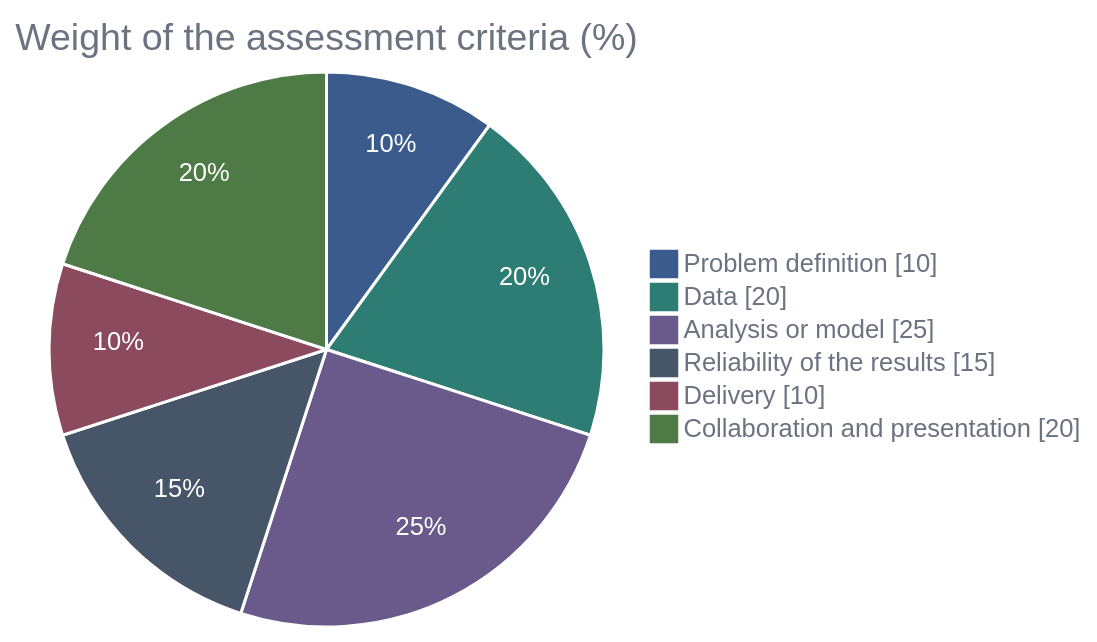
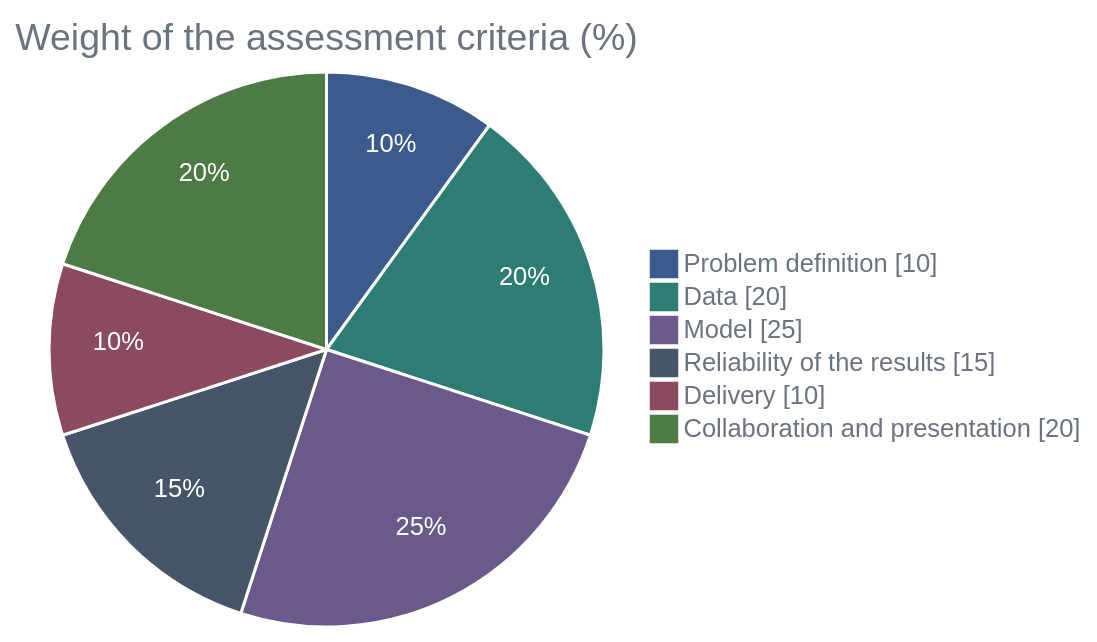
One commit to khoadaniel/statistical-programming-mpmd-htw-ws-2026 changed the second of 2 diagrams in proposal/CURRICULUM.md. Above: the diagram before and after it, drawn with Mermaid. The commit also changed other lines of this file and 25 other files, not shown here.

````diff
--- a/proposal/CURRICULUM.md
+++ b/proposal/CURRICULUM.md
@@ -879,27 +855,27 @@
 ```mermaid
 ---
 config:
   theme: base
   themeVariables:
       pie1: "#3b5b8c"
       pie2: "#2d7d74"
       pie3: "#6a5a8c"
       pie4: "#475569"
       pie5: "#8c4a5e"
       pie6: "#4d7a45"
       pieSectionTextColor: "#ffffff"
       pieLegendTextColor: "#6b7280"
       pieTitleTextColor: "#6b7280"
       pieStrokeColor: "#ffffff"
       pieOuterStrokeWidth: "0px"
       pieOpacity: "1"
 ---
 pie showData
   title Weight of the assessment criteria (%)
   "Problem definition" : 10
   "Data" : 20
-  "Analysis or model" : 25
+  "Model" : 25
   "Reliability of the results" : 15
   "Delivery" : 10
   "Collaboration and presentation" : 20
 ```
````
